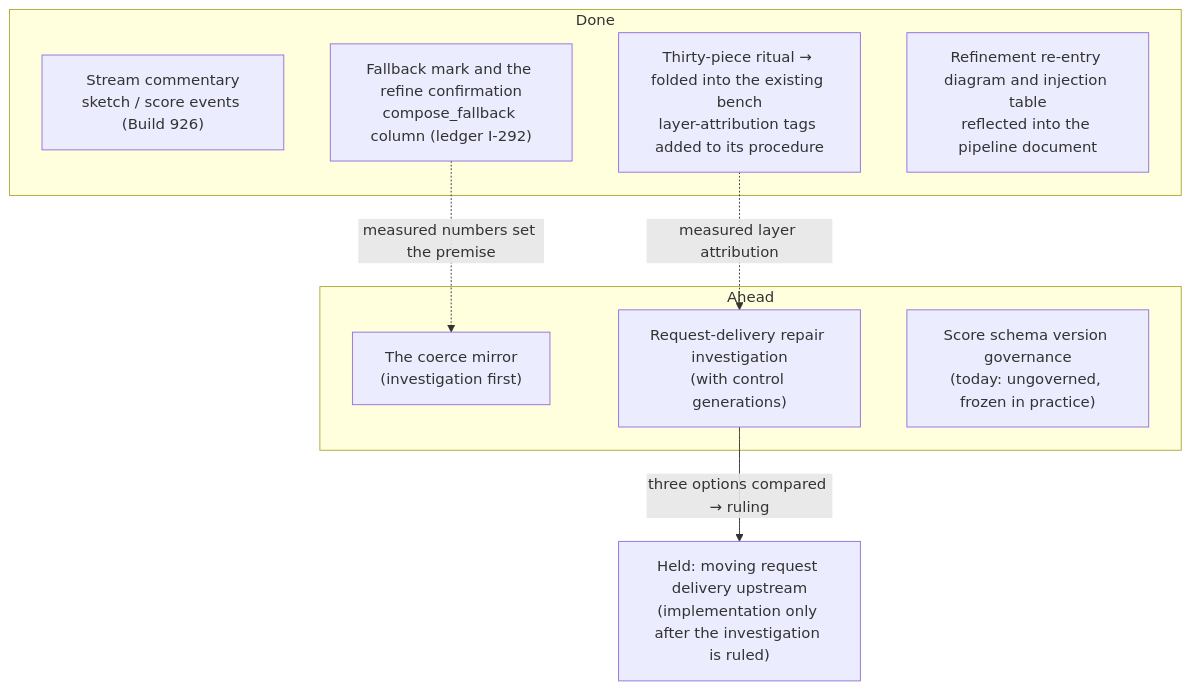
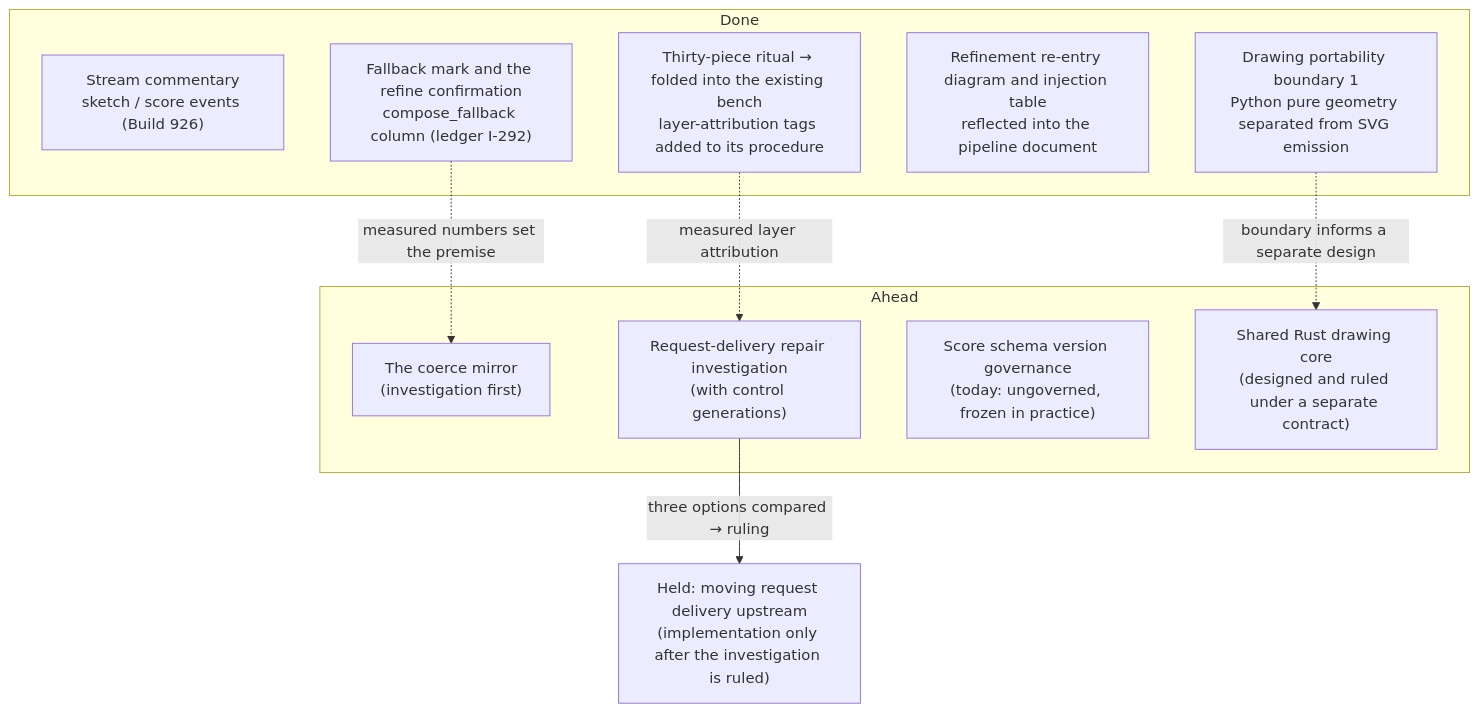
One commit to oikawas/inku-lang changed the diagram in docs/architecture/future-plan.md. Above: the diagram before and after it, drawn with Mermaid. The commit also changed other lines of this file and 14 other files, not shown here.

Commit message:
docs(renderer): define portability boundary

````diff
--- a/docs/architecture/future-plan.md
+++ b/docs/architecture/future-plan.md
@@ -17,19 +17,22 @@
 ```mermaid
 flowchart TD
     subgraph DONE["Done"]
         STREAM["Stream commentary\nsketch / score events (Build 926)"]
         MARK["Fallback mark and the refine confirmation\ncompose_fallback column (ledger I-292)"]
         RITUAL["Thirty-piece ritual → folded into the existing bench\nlayer-attribution tags added to its procedure"]
         DOCS["Refinement re-entry diagram and injection table\nreflected into the pipeline document"]
+        PORT_BOUNDARY["Drawing portability boundary 1\nPython pure geometry separated from SVG emission"]
     end
     subgraph NEXT["Ahead"]
         MIRROR["The coerce mirror\n(investigation first)"]
         P41["Request-delivery repair investigation\n(with control generations)"]
         GOV["Score schema version governance\n(today: ungoverned, frozen in practice)"]
+        RUST_CORE["Shared Rust drawing core\n(designed and ruled under a separate contract)"]
     end
     HELD["Held: moving request delivery upstream\n(implementation only after the investigation is ruled)"]
 
     MARK -.->|"measured numbers set the premise"| MIRROR
     P41 -->|"three options compared → ruling"| HELD
     RITUAL -.->|"measured layer attribution"| P41
+    PORT_BOUNDARY -.->|"boundary informs a separate design"| RUST_CORE
 ```
````
